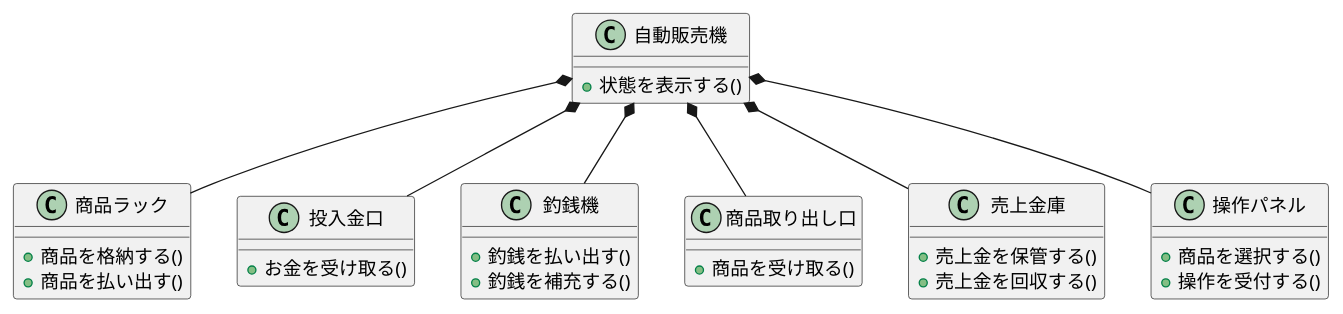
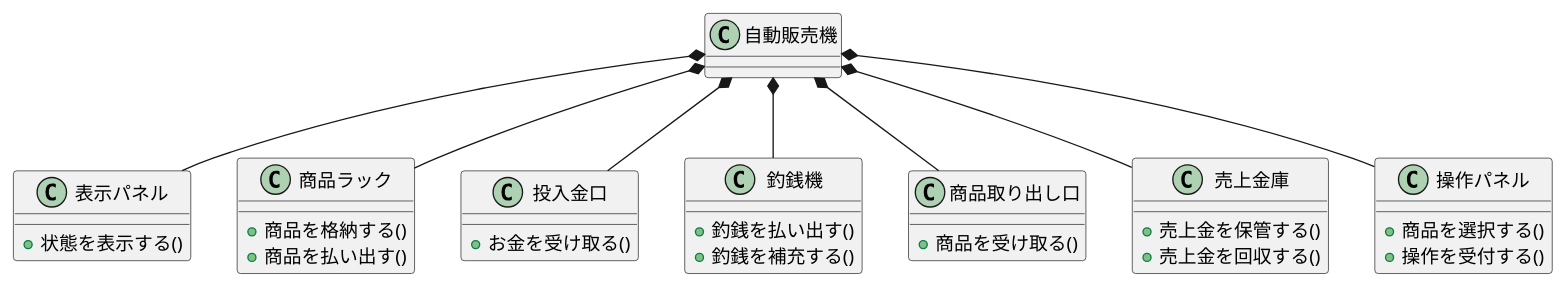
The diagram in システム構成図/自動販売機_システム構成図.wsd (masaki-kato-119/VendingMachine), drawn with PlantUML before and after one commit. The commit also changed 32 other files, not shown here.

Commit message:
Created a functional activity diagram and ensured overall consistency

```diff
--- a/システム構成図/自動販売機_システム構成図.wsd
+++ b/システム構成図/自動販売機_システム構成図.wsd
@@ -1,43 +1,47 @@
 @startuml
 ' 自動販売機のハードウェア構成をコンポジット集約で表現
 
 class 自動販売機 {
+}
+
+class 表示パネル {
     +状態を表示する()
 }
 
 class 商品ラック {
     +商品を格納する()
     +商品を払い出す()
 }
 
 class 投入金口 {
     +お金を受け取る()
 }
 
 class 釣銭機 {
     +釣銭を払い出す()
     +釣銭を補充する()
 }
 
 class 商品取り出し口 {
     +商品を受け取る()
 }
 
 class 売上金庫 {
     +売上金を保管する()
     +売上金を回収する()
 }
 
 class 操作パネル {
     +商品を選択する()
     +操作を受付する()
 }
 
+自動販売機 *-- 表示パネル
 自動販売機 *-- 商品ラック
 自動販売機 *-- 投入金口
 自動販売機 *-- 釣銭機
 自動販売機 *-- 商品取り出し口
 自動販売機 *-- 売上金庫
 自動販売機 *-- 操作パネル
 
 @enduml
```
